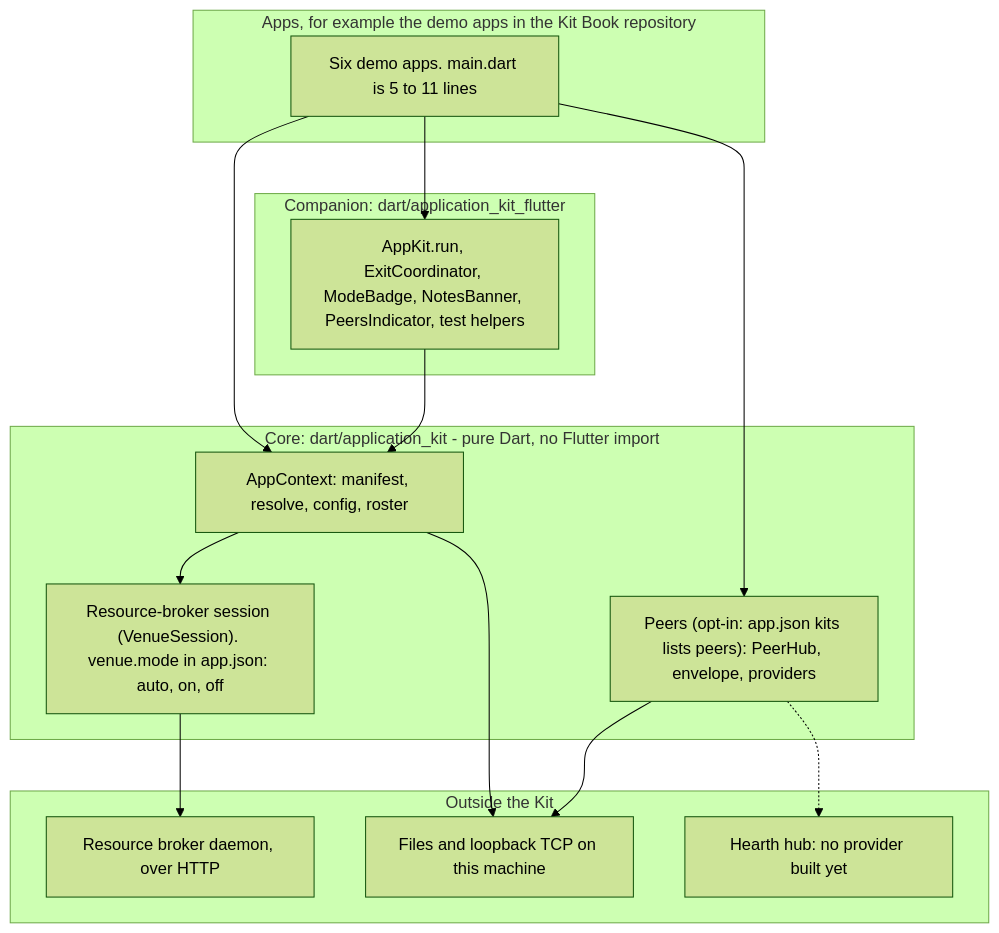
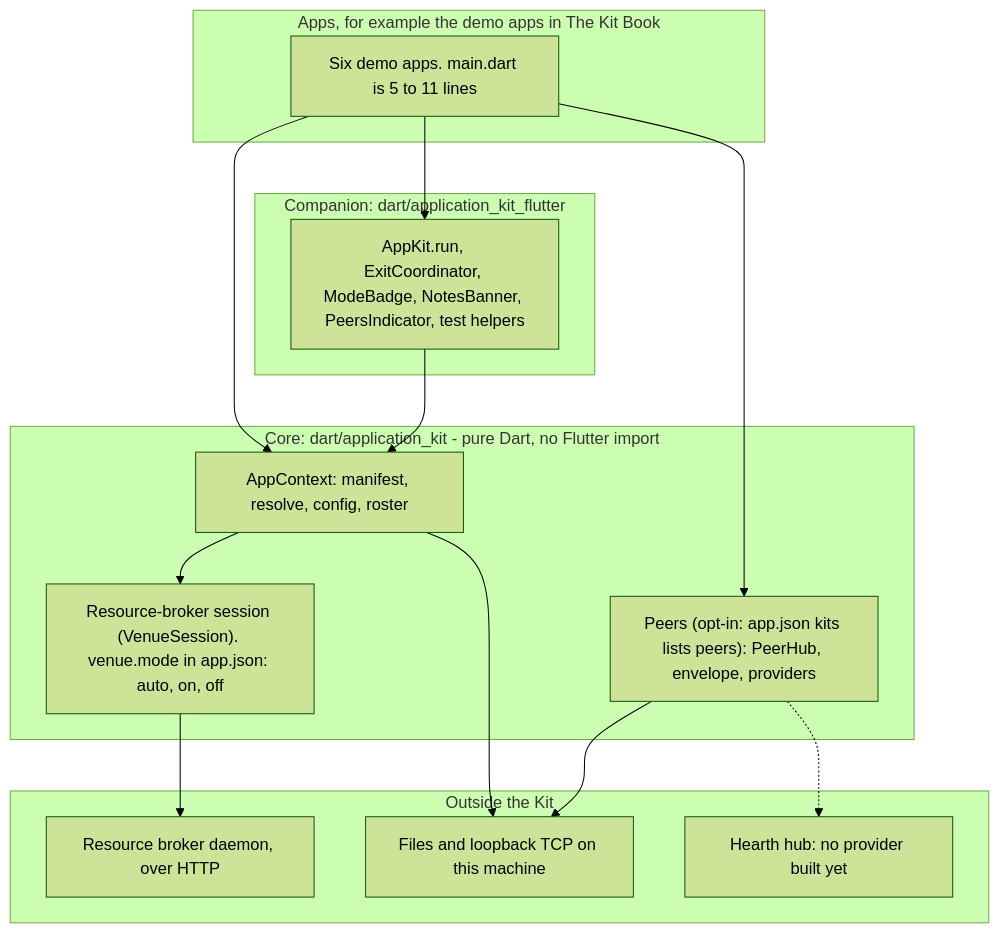
One commit to slash-builder/kit-book changed the first of 6 diagrams in book/30-kits/application-kit/architecture.md. Above: the diagram before and after it, drawn with Mermaid (forest theme). The commit also changed other lines of this file and 14 other files, not shown here.

First line of the commit message:
docs(book): re-pin the Application Kit to the reworded release candidate and re-pull its pages

````diff
--- a/book/30-kits/application-kit/architecture.md
+++ b/book/30-kits/application-kit/architecture.md
@@ -17,28 +17,28 @@
 ```mermaid
 flowchart TB
-  subgraph apps["Apps, for example the demo apps in the Kit Book repository"]
+  subgraph apps["Apps, for example the demo apps in The Kit Book"]
     app["Six demo apps. main.dart is 5 to 11 lines"]
   end
   subgraph companion["Companion: dart/application_kit_flutter"]
     comp["AppKit.run, ExitCoordinator, ModeBadge, NotesBanner, PeersIndicator, test helpers"]
   end
   subgraph core["Core: dart/application_kit - pure Dart, no Flutter import"]
     ctx["AppContext: manifest, resolve, config, roster"]
     broker["Resource-broker session (VenueSession). venue.mode in app.json: auto, on, off"]
     peers["Peers (opt-in: app.json kits lists peers): PeerHub, envelope, providers"]
   end
   subgraph outside["Outside the Kit"]
     daemon["Resource broker daemon, over HTTP"]
     os["Files and loopback TCP on this machine"]
     hearth["Hearth hub: no provider built yet"]
   end
   app --> comp
   app --> ctx
   app --> peers
   comp --> ctx
   ctx --> broker
   broker --> daemon
   ctx --> os
   peers --> os
   peers -.-> hearth
 ```
````
